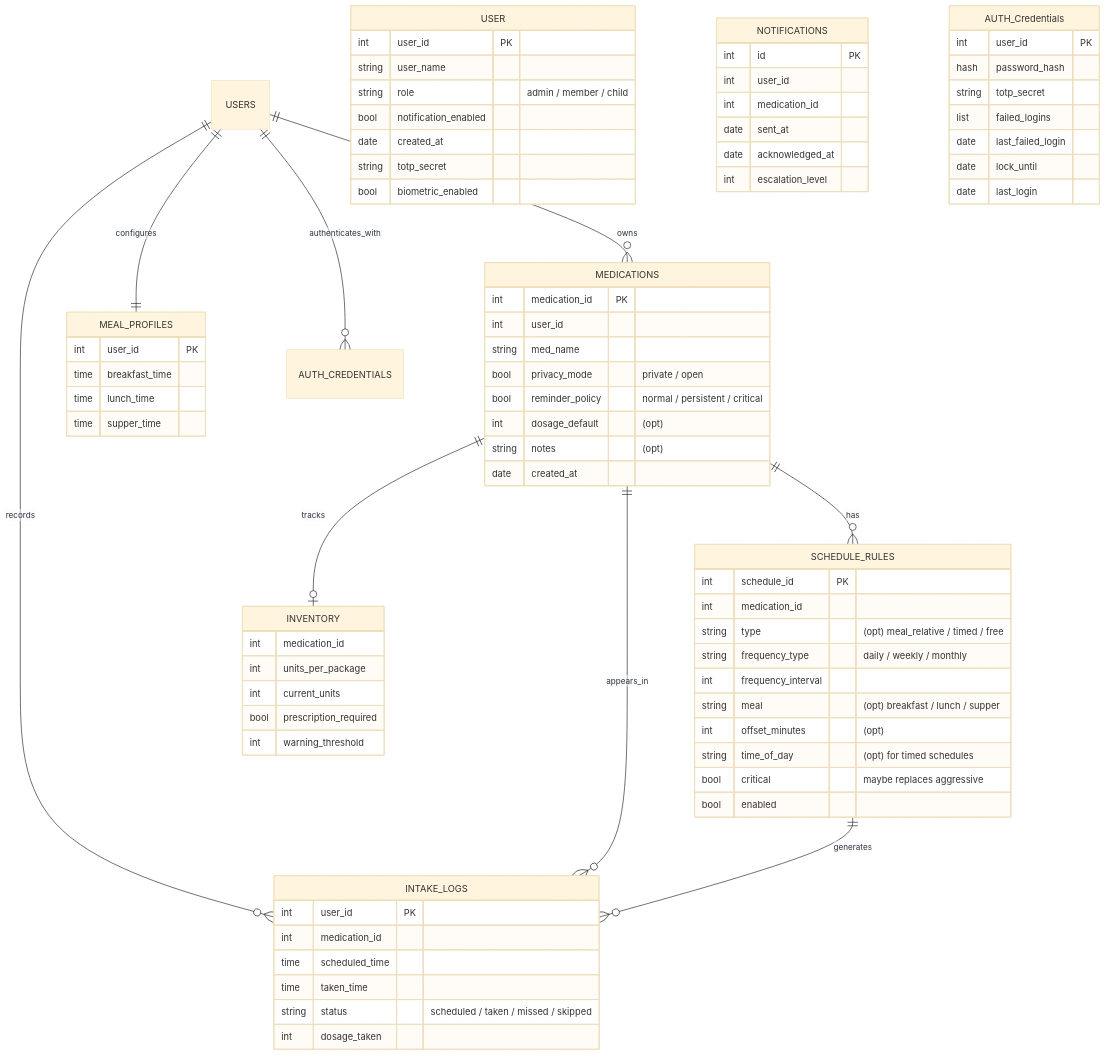
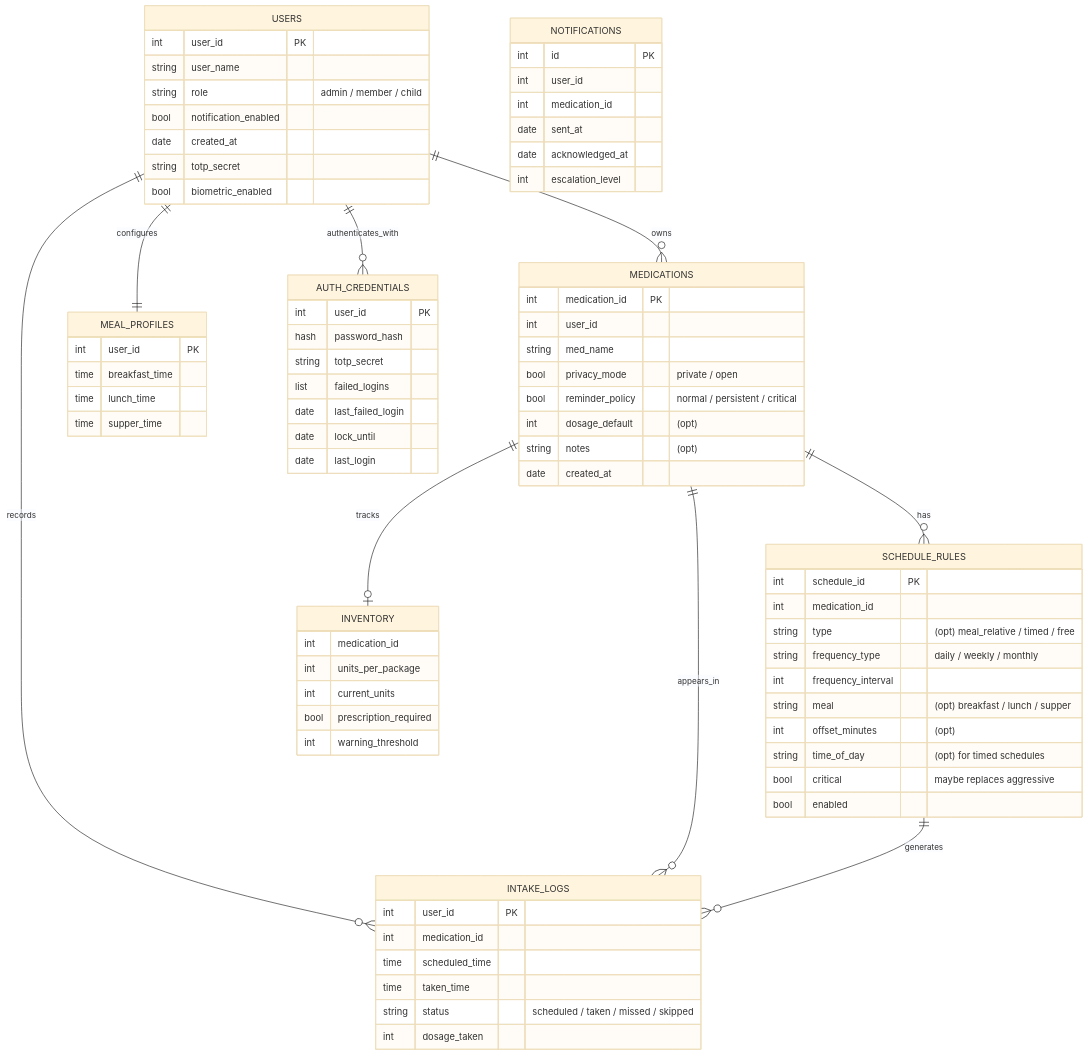
One commit to juscghwe/pilltracker changed the second of 2 diagrams in docs/SDD.md. Above: the diagram before and after it, drawn with Mermaid (base theme).

Commit message:
docs: correct entity names in data design

```diff
--- a/docs/SDD.md
+++ b/docs/SDD.md
@@ -104,7 +104,7 @@
 
     SCHEDULE_RULES ||--o{ INTAKE_LOGS : generates
 
-    USER {
+    USERS {
         int user_id PK
         string user_name
         string role "admin / member / child"
@@ -171,7 +171,7 @@
         int escalation_level
     }
 
-    AUTH_Credentials {
+    AUTH_CREDENTIALS {
         int user_id PK
         hash password_hash
         string totp_secret
```
